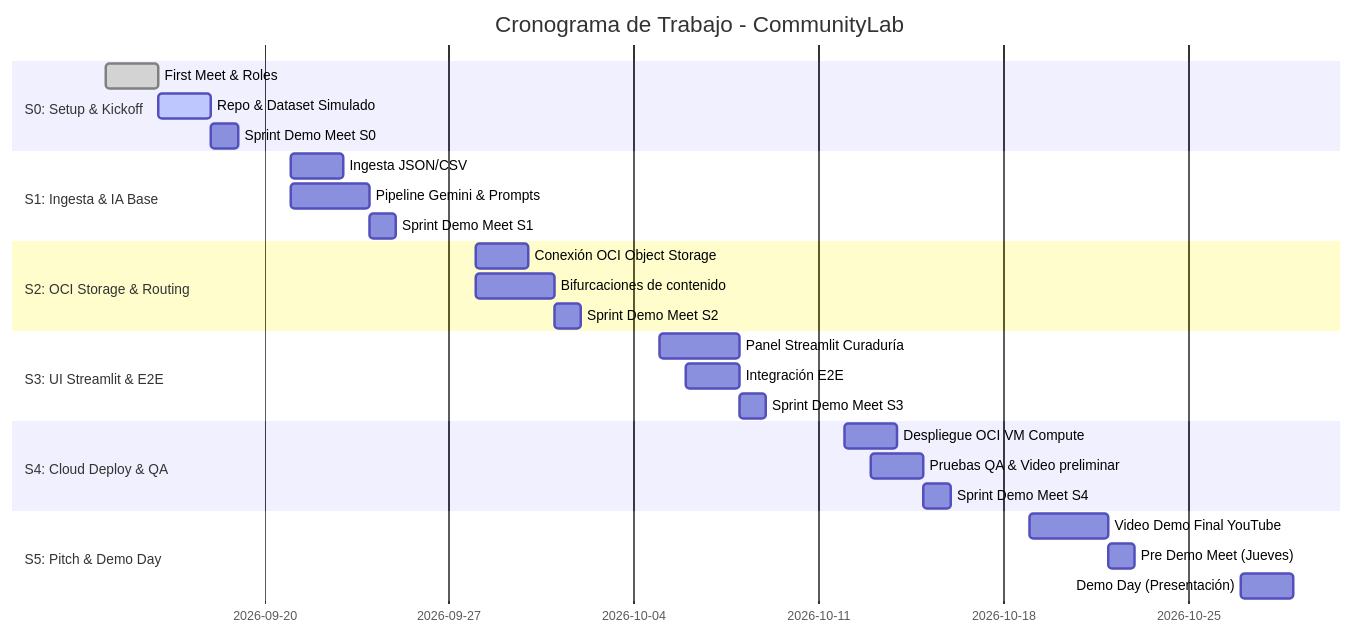
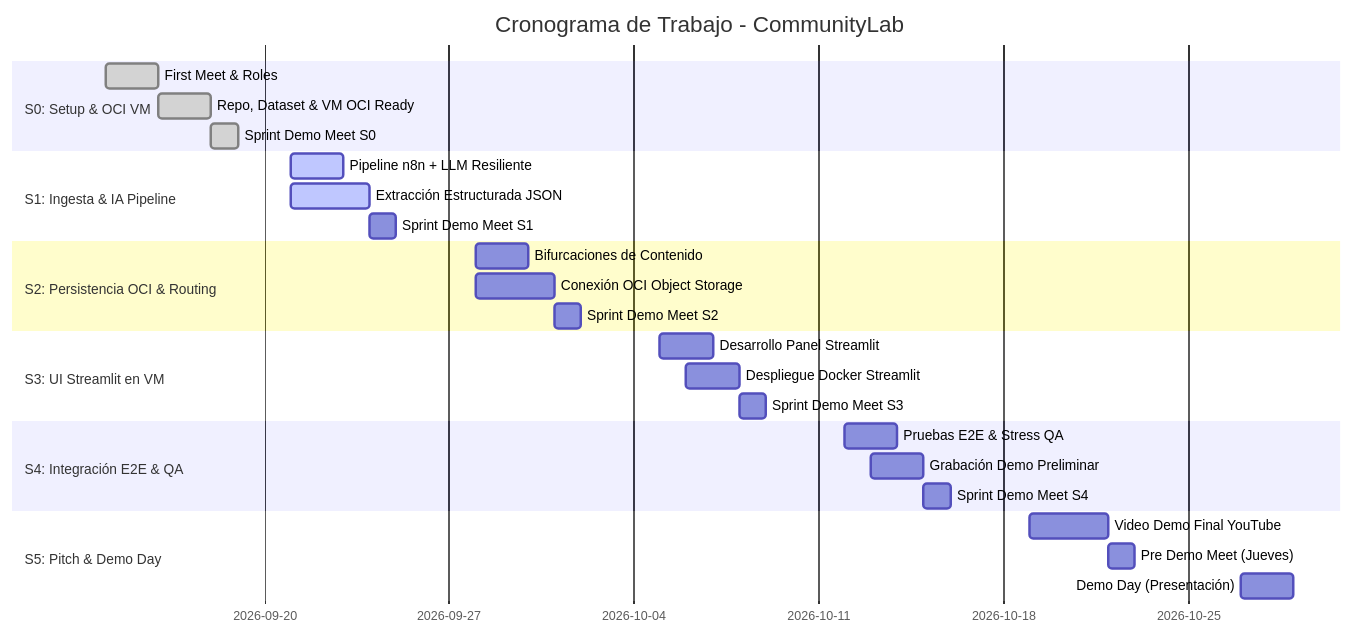
One commit to No-Country-simulation/G10-LATAM-equipo6-CommunityLab changed the diagram in PM_Files/ROADMAP.md. Above: the diagram before and after it, drawn with Mermaid. The commit also changed other lines of this file, not shown here.

Commit message:
docs(roadmap): reorganizar sprints S1-S5 reflejando despliegue temprano de VM OCI y pipeline LLM

````diff
--- a/PM_Files/ROADMAP.md
+++ b/PM_Files/ROADMAP.md
@@ -49,29 +49,29 @@
 ```mermaid
 gantt
     title Cronograma de Trabajo - CommunityLab
     dateFormat  YYYY-MM-DD
-    section S0: Setup & Kickoff
+    section S0: Setup & OCI VM
     First Meet & Roles           :done, 2026-09-14, 2026-09-16
-    Repo & Dataset Simulado      :active, 2026-09-16, 2026-09-18
-    Sprint Demo Meet S0          :2026-09-18, 2026-09-19
-    section S1: Ingesta & IA Base
-    Ingesta JSON/CSV             :2026-09-21, 2026-09-23
-    Pipeline Gemini & Prompts    :2026-09-21, 2026-09-24
+    Repo, Dataset & VM OCI Ready :done, 2026-09-16, 2026-09-18
+    Sprint Demo Meet S0          :done, 2026-09-18, 2026-09-19
+    section S1: Ingesta & IA Pipeline
+    Pipeline n8n + LLM Resiliente:active, 2026-09-21, 2026-09-23
+    Extracción Estructurada JSON :active, 2026-09-21, 2026-09-24
     Sprint Demo Meet S1          :2026-09-24, 2026-09-25
-    section S2: OCI Storage & Routing
-    Conexión OCI Object Storage  :2026-09-28, 2026-09-30
-    Bifurcaciones de contenido   :2026-09-28, 2026-10-01
+    section S2: Persistencia OCI & Routing
+    Bifurcaciones de Contenido   :2026-09-28, 2026-09-30
+    Conexión OCI Object Storage  :2026-09-28, 2026-10-01
     Sprint Demo Meet S2          :2026-10-01, 2026-10-02
-    section S3: UI Streamlit & E2E
-    Panel Streamlit Curaduría    :2026-10-05, 2026-10-08
-    Integración E2E              :2026-10-06, 2026-10-08
+    section S3: UI Streamlit en VM
+    Desarrollo Panel Streamlit   :2026-10-05, 2026-10-07
+    Despliegue Docker Streamlit  :2026-10-06, 2026-10-08
     Sprint Demo Meet S3          :2026-10-08, 2026-10-09
-    section S4: Cloud Deploy & QA
-    Despliegue OCI VM Compute    :2026-10-12, 2026-10-14
-    Pruebas QA & Video preliminar:2026-10-13, 2026-10-15
+    section S4: Integración E2E & QA
+    Pruebas E2E & Stress QA      :2026-10-12, 2026-10-14
+    Grabación Demo Preliminar    :2026-10-13, 2026-10-15
     Sprint Demo Meet S4          :2026-10-15, 2026-10-16
     section S5: Pitch & Demo Day
     Video Demo Final YouTube     :2026-10-19, 2026-10-22
     Pre Demo Meet (Jueves)       :2026-10-22, 2026-10-23
     Demo Day (Presentación)      :2026-10-27, 2026-10-29
 ```
````
